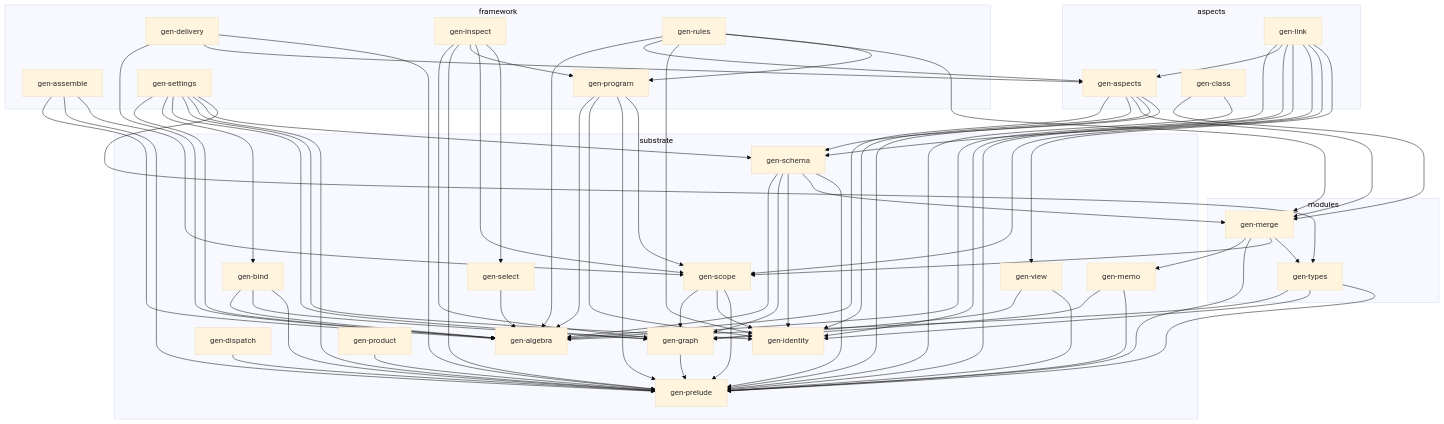
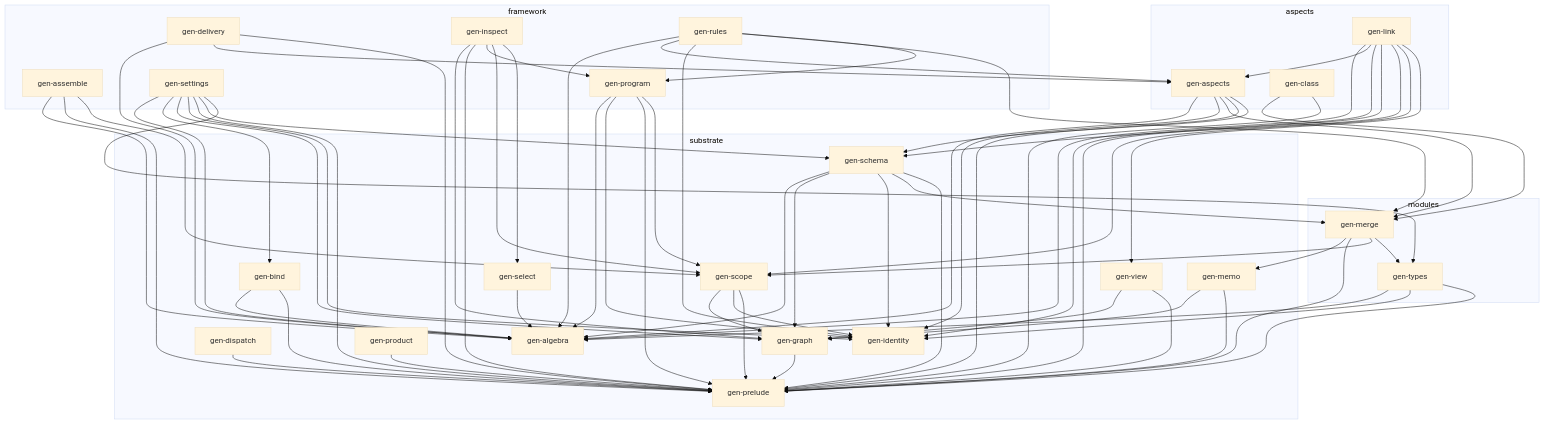
Before and after one commit to sini/gen: the first of 4 diagrams in ARCHITECTURE.md, drawn with Mermaid (base theme). The commit also changed 2 other files, not shown here.

Commit message:
lock: gen-bind and gen-inspect to gayc-u2d (their facades retire), gen-bind's gen-graph follows goes (den-hoag-gayc U2d)
gen-bind no longer depends on gen-graph, so the hub's gen-bind.inputs.gen-graph.follows and the
ARCHITECTURE.md library-graph edge gen_bind --> gen_graph go with it. Stacked on gayc-u2f 924aa12 with
gayc-u2b's terminalOf carriage and resolution bench row (383d16b) combined.

```diff
--- a/ARCHITECTURE.md
+++ b/ARCHITECTURE.md
@@ -80,7 +80,6 @@
   gen_assemble --> gen_prelude
   gen_assemble --> gen_scope
   gen_bind --> gen_algebra
-  gen_bind --> gen_graph
   gen_bind --> gen_prelude
   gen_class --> gen_merge
   gen_class --> gen_prelude
```
